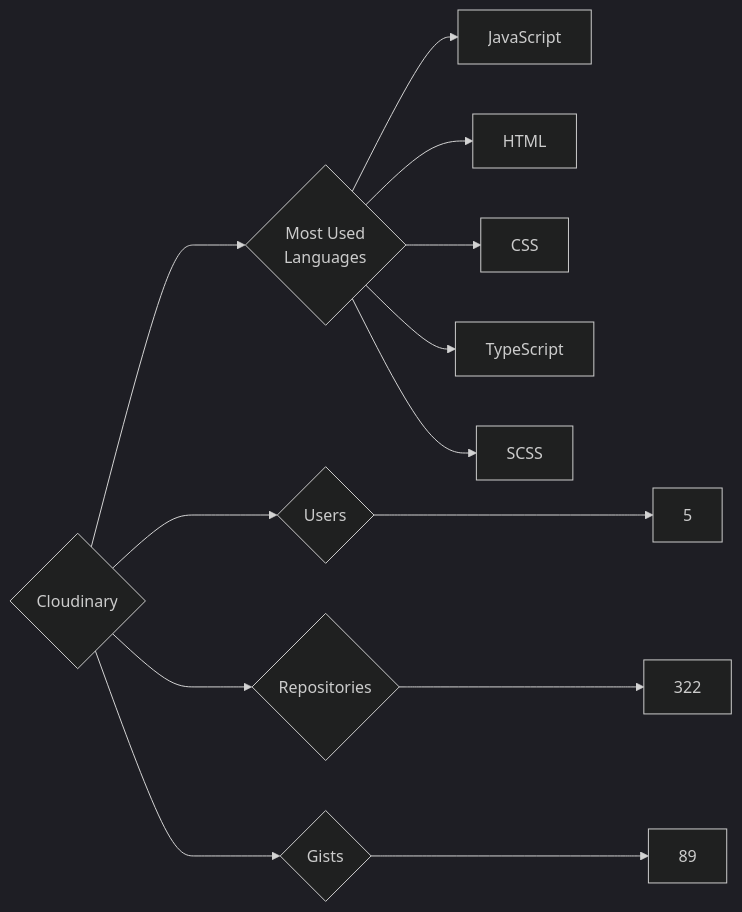
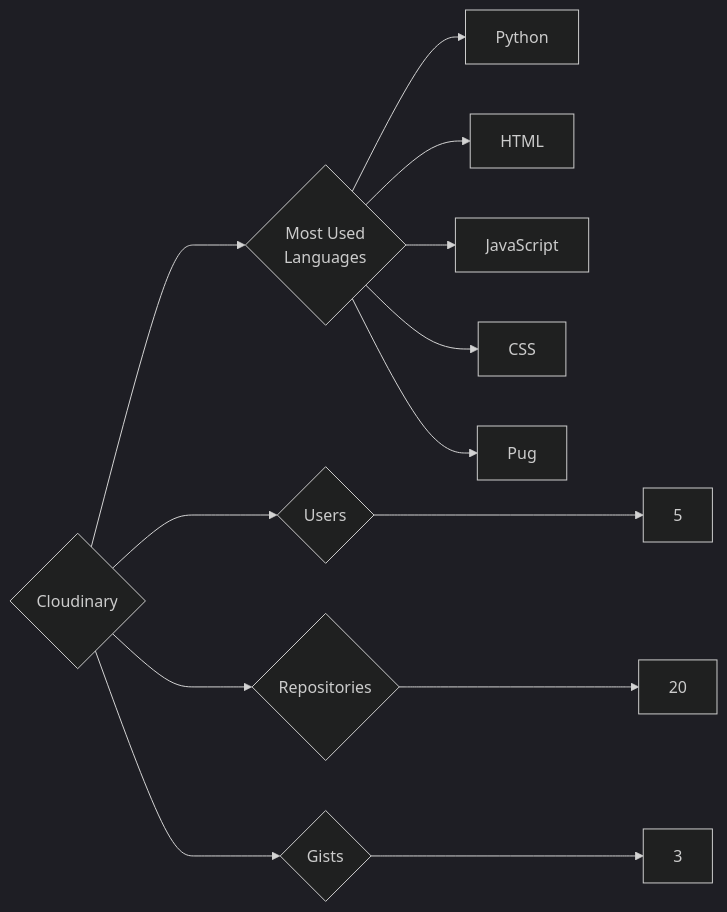
The diagram in targets/Cloudinary/README.md (trickest/insiders), drawn with Mermaid (dark theme) before and after one commit. The commit also changed 1023 other files, not shown here.

````diff
--- a/targets/Cloudinary/README.md
+++ b/targets/Cloudinary/README.md
@@ -3,13 +3,13 @@
 ```mermaid
 graph LR
 COMPANY_NAME{Cloudinary}
 COMPANY_NAME ---> U{Users} ---> UN[5]
-COMPANY_NAME ---> R{Repositories} ---> RN[322]
-COMPANY_NAME ---> G{Gists} ---> GN[89]
+COMPANY_NAME ---> R{Repositories} ---> RN[20]
+COMPANY_NAME ---> G{Gists} ---> GN[3]
 COMPANY_NAME ---> ML{Most Used<br>Languages}
+ML --> Python[Python]
+ML --> HTML[HTML]
 ML --> JavaScript[JavaScript]
-ML --> HTML[HTML]
 ML --> CSS[CSS]
-ML --> TypeScript[TypeScript]
-ML --> SCSS[SCSS]
+ML --> Pug[Pug]
 ```
````
